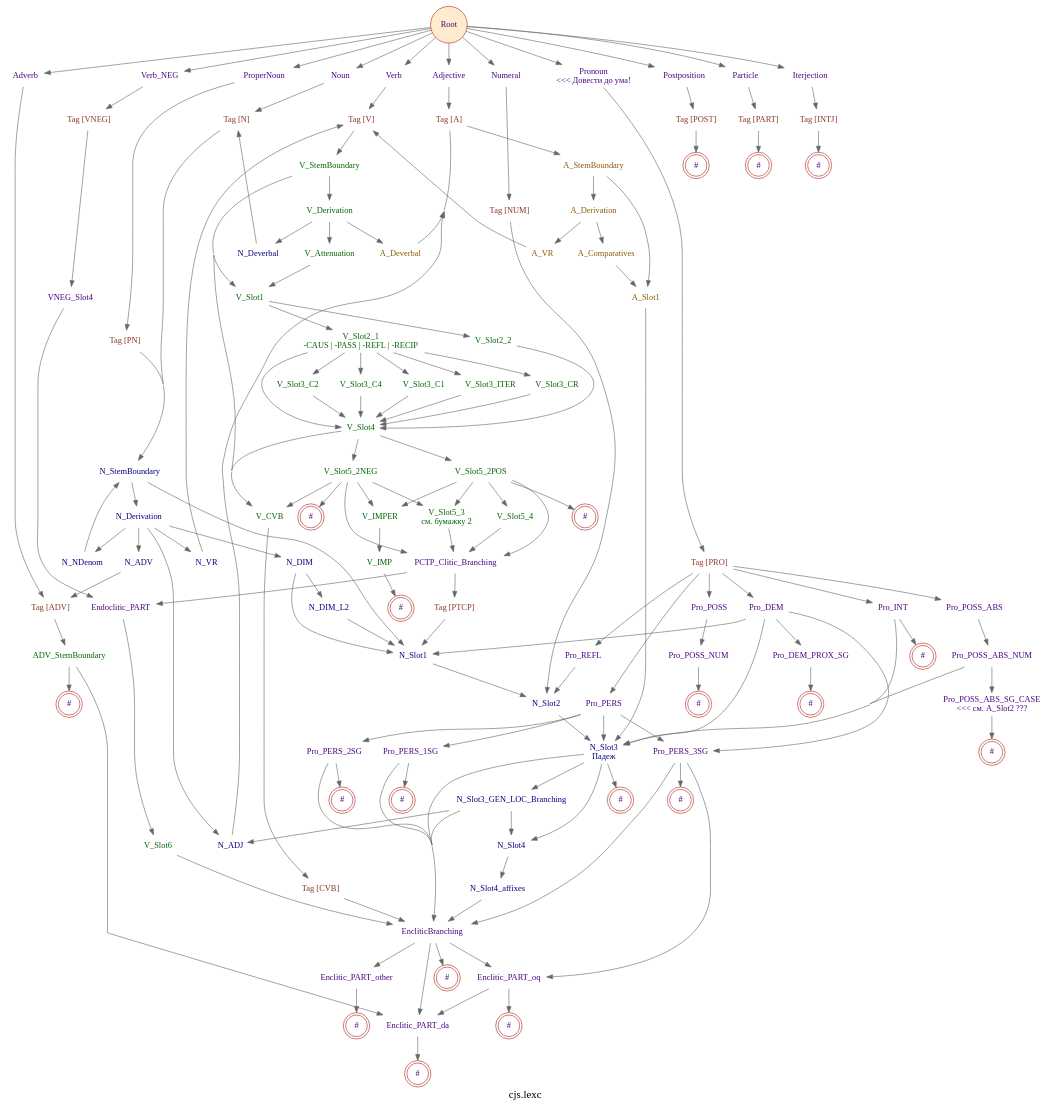
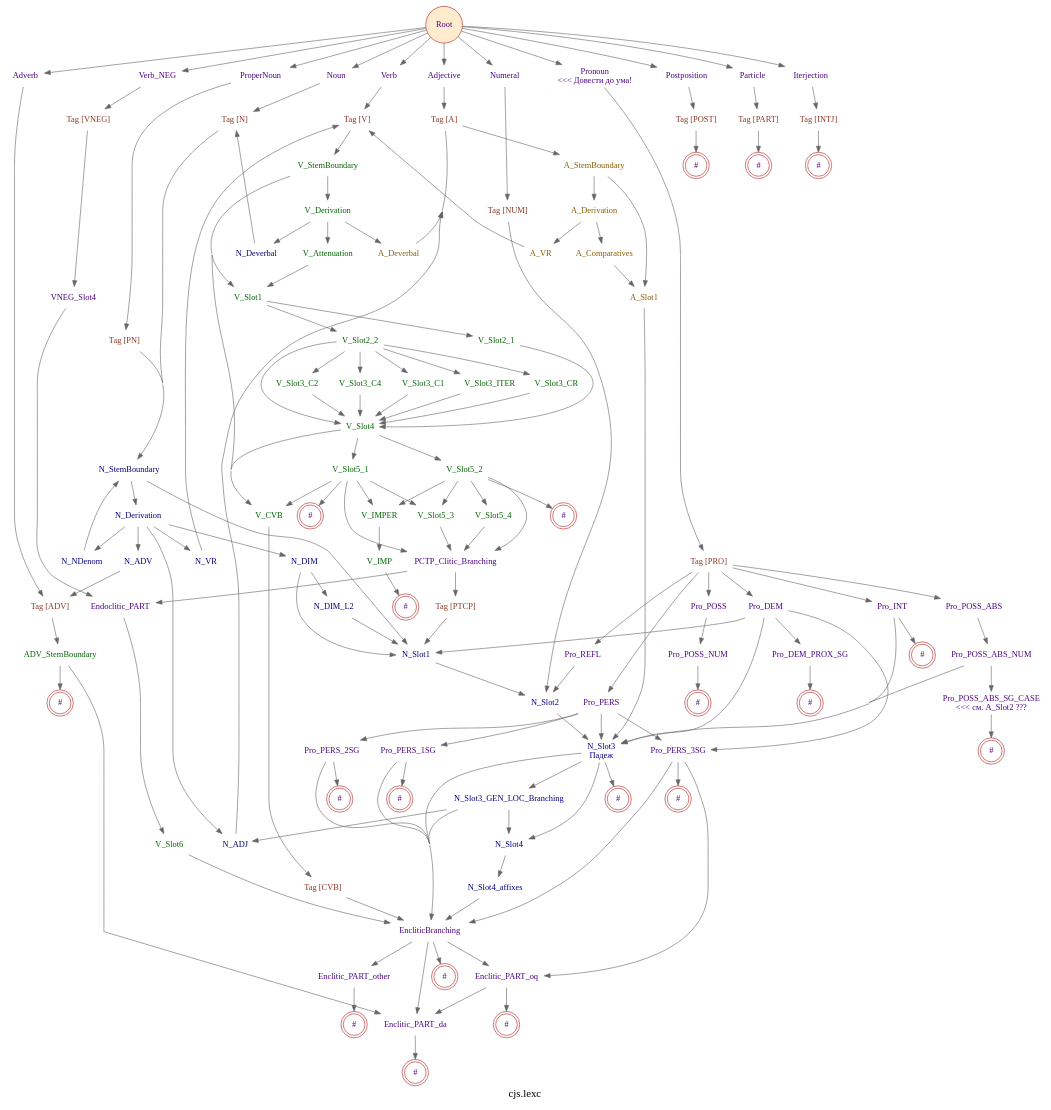
One commit to kyrill-shakhovtsov/cjs-morphology-fst changed the diagram in doc/cjs.lexc.gv. Above: the diagram before and after it, drawn with Graphviz. The commit also changed 8 other files, not shown here.

```diff
--- a/doc/cjs.lexc.gv
+++ b/doc/cjs.lexc.gv
@@ -13,28 +13,28 @@
 	edge [color=gray40];
 	subgraph Tags {
 		graph [rank=same];
-		Tag_N		 [fontcolor=tomato4,
+		Tag_N	[fontcolor=tomato4,
 			label="Tag [N]"];
-		Tag_V		 [fontcolor=tomato4,
+		Tag_V	[fontcolor=tomato4,
 			label="Tag [V]"];
-		Tag_A		 [fontcolor=tomato4,
+		Tag_A	[fontcolor=tomato4,
 			label="Tag [A]"];
 	}
 	subgraph POS {
 		graph [rank=same];
-		Noun		 [label=Noun];
-		ProperNoun		 [label=ProperNoun];
-		Pronoun		 [label="Pronoun\n<<< Довести до ума!"];
-		Postposition		 [label=Postposition];
-		Adjective		 [label=Adjective];
-		Numeral		 [label=Numeral];
-		Verb		 [label=Verb];
-		Verb_NEG		 [label=Verb_NEG];
-		Adverb		 [label=Adverb];
-		Particle		 [label=Particle];
-		Iterjection		 [label=Iterjection];
+		Noun	[label=Noun];
+		ProperNoun	[label=ProperNoun];
+		Pronoun	[label="Pronoun\n<<< Довести до ума!"];
+		Postposition	[label=Postposition];
+		Adjective	[label=Adjective];
+		Numeral	[label=Numeral];
+		Verb	[label=Verb];
+		Verb_NEG	[label=Verb_NEG];
+		Adverb	[label=Adverb];
+		Particle	[label=Particle];
+		Iterjection	[label=Iterjection];
 	}
-	Root	 [color=firebrick,
+	Root	[color=firebrick,
 		fillcolor=blanchedalmond,
 		label=Root,
 		shape=circle,
@@ -51,325 +51,325 @@
 	Root -> Particle;
 	Root -> Iterjection;
 	Noun -> Tag_N;
-	Tag_PN	 [fontcolor=tomato4,
+	Tag_PN	[fontcolor=tomato4,
 		label="Tag [PN]"];
 	ProperNoun -> Tag_PN;
-	Tag_PRO	 [fontcolor=tomato4,
+	Tag_PRO	[fontcolor=tomato4,
 		label="Tag [PRO]"];
 	Pronoun -> Tag_PRO;
-	Tag_POST	 [fontcolor=tomato4,
+	Tag_POST	[fontcolor=tomato4,
 		label="Tag [POST]"];
 	Postposition -> Tag_POST;
 	Adjective -> Tag_A;
-	Tag_NUM	 [fontcolor=tomato4,
+	Tag_NUM	[fontcolor=tomato4,
 		label="Tag [NUM]"];
 	Numeral -> Tag_NUM;
 	Verb -> Tag_V;
-	Tag_VNEG	 [fontcolor=tomato4,
+	Tag_VNEG	[fontcolor=tomato4,
 		label="Tag [VNEG]"];
 	Verb_NEG -> Tag_VNEG;
-	Tag_ADV	 [fontcolor=tomato4,
+	Tag_ADV	[fontcolor=tomato4,
 		label="Tag [ADV]"];
 	Adverb -> Tag_ADV;
-	Tag_PART	 [fontcolor=tomato4,
+	Tag_PART	[fontcolor=tomato4,
 		label="Tag [PART]"];
 	Particle -> Tag_PART;
-	Tag_INTJ	 [fontcolor=tomato4,
+	Tag_INTJ	[fontcolor=tomato4,
 		label="Tag [INTJ]"];
 	Iterjection -> Tag_INTJ;
-	N_StemBoundary	 [fontcolor=navy,
+	N_StemBoundary	[fontcolor=navy,
 		label=N_StemBoundary];
 	Tag_N -> N_StemBoundary;
 	Tag_PN -> N_StemBoundary;
-	"Tag_INTJ_#"	 [color=firebrick,
+	"Tag_INTJ_#"	[color=firebrick,
 		label="#",
 		shape=doublecircle];
 	Tag_INTJ -> "Tag_INTJ_#";
-	V_StemBoundary	 [fontcolor=darkgreen,
+	V_StemBoundary	[fontcolor=darkgreen,
 		label=V_StemBoundary];
 	Tag_V -> V_StemBoundary;
-	VNEG_Slot4	 [label=VNEG_Slot4];
+	VNEG_Slot4	[label=VNEG_Slot4];
 	Tag_VNEG -> VNEG_Slot4;
-	"Tag_POST_#"	 [color=firebrick,
+	"Tag_POST_#"	[color=firebrick,
 		label="#",
 		shape=doublecircle];
 	Tag_POST -> "Tag_POST_#";
-	A_StemBoundary	 [fontcolor=orange4,
+	A_StemBoundary	[fontcolor=orange4,
 		label=A_StemBoundary];
 	Tag_A -> A_StemBoundary;
-	ADV_StemBoundary	 [fontcolor=darkgreen,
+	ADV_StemBoundary	[fontcolor=darkgreen,
 		label=ADV_StemBoundary];
 	Tag_ADV -> ADV_StemBoundary;
-	"Tag_PART_#"	 [color=firebrick,
+	"Tag_PART_#"	[color=firebrick,
 		label="#",
 		shape=doublecircle];
 	Tag_PART -> "Tag_PART_#";
-	N_Slot2	 [fontcolor=navy,
+	N_Slot2	[fontcolor=navy,
 		label=N_Slot2];
 	Tag_NUM -> N_Slot2;
-	V_Derivation	 [fontcolor=darkgreen,
+	V_Derivation	[fontcolor=darkgreen,
 		label=V_Derivation];
 	V_StemBoundary -> V_Derivation;
-	V_Slot1	 [fontcolor=darkgreen,
+	V_Slot1	[fontcolor=darkgreen,
 		label=V_Slot1];
 	V_StemBoundary -> V_Slot1;
-	V_CVB	 [fontcolor=darkgreen,
+	V_CVB	[fontcolor=darkgreen,
 		label=V_CVB];
 	V_StemBoundary -> V_CVB;
-	Endoclitic_PART	 [label=Endoclitic_PART];
+	Endoclitic_PART	[label=Endoclitic_PART];
 	VNEG_Slot4 -> Endoclitic_PART;
-	V_Attenuation	 [fontcolor=darkgreen,
+	V_Attenuation	[fontcolor=darkgreen,
 		label=V_Attenuation];
 	V_Derivation -> V_Attenuation;
-	N_Deverbal	 [fontcolor=navy,
+	N_Deverbal	[fontcolor=navy,
 		label=N_Deverbal];
 	V_Derivation -> N_Deverbal;
-	A_Deverbal	 [fontcolor=orange4,
+	A_Deverbal	[fontcolor=orange4,
 		label=A_Deverbal];
 	V_Derivation -> A_Deverbal;
-	V_Slot2_2	 [fontcolor=darkgreen,
+	V_Slot2_1	[fontcolor=darkgreen,
+		label=V_Slot2_1];
+	V_Slot1 -> V_Slot2_1;
+	V_Slot2_2	[fontcolor=darkgreen,
 		label=V_Slot2_2];
 	V_Slot1 -> V_Slot2_2;
-	V_Slot2_1	 [fontcolor=darkgreen,
-		label="V_Slot2_1\n-CAUS | -PASS | -REFL | -RECIP"];
-	V_Slot1 -> V_Slot2_1;
-	Tag_CVB	 [fontcolor=tomato4,
+	Tag_CVB	[fontcolor=tomato4,
 		label="Tag [CVB]"];
 	V_CVB -> Tag_CVB;
 	V_Attenuation -> V_Slot1;
 	N_Deverbal -> Tag_N;
 	A_Deverbal -> Tag_A;
-	V_Slot4	 [fontcolor=darkgreen,
+	V_Slot4	[fontcolor=darkgreen,
 		label=V_Slot4];
+	V_Slot2_1 -> V_Slot4;
 	V_Slot2_2 -> V_Slot4;
-	V_Slot3_C2	 [fontcolor=darkgreen,
+	V_Slot3_C2	[fontcolor=darkgreen,
 		label=V_Slot3_C2];
-	V_Slot2_1 -> V_Slot3_C2;
-	V_Slot3_C4	 [fontcolor=darkgreen,
+	V_Slot2_2 -> V_Slot3_C2;
+	V_Slot3_C4	[fontcolor=darkgreen,
 		label=V_Slot3_C4];
-	V_Slot2_1 -> V_Slot3_C4;
-	V_Slot3_C1	 [fontcolor=darkgreen,
+	V_Slot2_2 -> V_Slot3_C4;
+	V_Slot3_C1	[fontcolor=darkgreen,
 		label=V_Slot3_C1];
-	V_Slot2_1 -> V_Slot3_C1;
-	V_Slot3_ITER	 [fontcolor=darkgreen,
+	V_Slot2_2 -> V_Slot3_C1;
+	V_Slot3_ITER	[fontcolor=darkgreen,
 		label=V_Slot3_ITER];
-	V_Slot2_1 -> V_Slot3_ITER;
-	V_Slot2_1 -> V_Slot4;
-	V_Slot3_CR	 [fontcolor=darkgreen,
+	V_Slot2_2 -> V_Slot3_ITER;
+	V_Slot3_CR	[fontcolor=darkgreen,
 		label=V_Slot3_CR];
-	V_Slot2_1 -> V_Slot3_CR;
+	V_Slot2_2 -> V_Slot3_CR;
+	V_Slot4 -> V_CVB;
+	V_Slot5_1	[fontcolor=darkgreen,
+		label=V_Slot5_1];
+	V_Slot4 -> V_Slot5_1;
+	V_Slot5_2	[fontcolor=darkgreen,
+		label=V_Slot5_2];
+	V_Slot4 -> V_Slot5_2;
 	V_Slot3_C2 -> V_Slot4;
 	V_Slot3_C4 -> V_Slot4;
 	V_Slot3_C1 -> V_Slot4;
 	V_Slot3_ITER -> V_Slot4;
-	V_Slot4 -> V_CVB;
-	V_Slot5_2NEG	 [fontcolor=darkgreen,
-		label=V_Slot5_2NEG];
-	V_Slot4 -> V_Slot5_2NEG;
-	V_Slot5_2POS	 [fontcolor=darkgreen,
-		label=V_Slot5_2POS];
-	V_Slot4 -> V_Slot5_2POS;
 	V_Slot3_CR -> V_Slot4;
-	V_Slot5_2NEG -> V_CVB;
-	V_Slot5_3	 [fontcolor=darkgreen,
-		label="V_Slot5_3\nсм. бумажку 2"];
-	V_Slot5_2NEG -> V_Slot5_3;
-	PCTP_Clitic_Branching	 [label=PCTP_Clitic_Branching];
-	V_Slot5_2NEG -> PCTP_Clitic_Branching;
-	V_IMPER	 [fontcolor=darkgreen,
-		label=V_IMPER];
-	V_Slot5_2NEG -> V_IMPER;
-	"V_Slot5_2NEG_#"	 [color=firebrick,
+	V_Slot5_1 -> V_CVB;
+	V_Slot5_3	[fontcolor=darkgreen,
+		label=V_Slot5_3];
+	V_Slot5_1 -> V_Slot5_3;
+	PCTP_Clitic_Branching	[label=PCTP_Clitic_Branching];
+	V_Slot5_1 -> PCTP_Clitic_Branching;
+	"V_Slot5_1_#"	[color=firebrick,
 		label="#",
 		shape=doublecircle];
-	V_Slot5_2NEG -> "V_Slot5_2NEG_#";
-	V_Slot5_2POS -> V_Slot5_3;
-	V_Slot5_4	 [fontcolor=darkgreen,
+	V_Slot5_1 -> "V_Slot5_1_#";
+	V_IMPER	[fontcolor=darkgreen,
+		label=V_IMPER];
+	V_Slot5_1 -> V_IMPER;
+	V_Slot5_2 -> V_Slot5_3;
+	V_Slot5_2 -> PCTP_Clitic_Branching;
+	V_Slot5_2 -> V_IMPER;
+	V_Slot5_4	[fontcolor=darkgreen,
 		label=V_Slot5_4];
-	V_Slot5_2POS -> V_Slot5_4;
-	V_Slot5_2POS -> PCTP_Clitic_Branching;
-	"V_Slot5_2POS_#"	 [color=firebrick,
+	V_Slot5_2 -> V_Slot5_4;
+	"V_Slot5_2_#"	[color=firebrick,
 		label="#",
 		shape=doublecircle];
-	V_Slot5_2POS -> "V_Slot5_2POS_#";
-	V_Slot5_2POS -> V_IMPER;
+	V_Slot5_2 -> "V_Slot5_2_#";
 	V_Slot5_3 -> PCTP_Clitic_Branching;
-	V_Slot5_4 -> PCTP_Clitic_Branching;
 	PCTP_Clitic_Branching -> Endoclitic_PART;
-	Tag_PTCP	 [fontcolor=tomato4,
+	Tag_PTCP	[fontcolor=tomato4,
 		label="Tag [PTCP]"];
 	PCTP_Clitic_Branching -> Tag_PTCP;
-	V_IMP	 [fontcolor=darkgreen,
+	V_IMP	[fontcolor=darkgreen,
 		label=V_IMP];
 	V_IMPER -> V_IMP;
-	V_Slot6	 [fontcolor=darkgreen,
+	V_Slot5_4 -> PCTP_Clitic_Branching;
+	V_Slot6	[fontcolor=darkgreen,
 		label=V_Slot6];
 	Endoclitic_PART -> V_Slot6;
-	"V_IMP_#"	 [color=firebrick,
+	"V_IMP_#"	[color=firebrick,
 		label="#",
 		shape=doublecircle];
 	V_IMP -> "V_IMP_#";
-	N_Slot1	 [fontcolor=navy,
+	N_Slot1	[fontcolor=navy,
 		label=N_Slot1];
 	Tag_PTCP -> N_Slot1;
-	EncliticBranching	 [label=EncliticBranching];
+	EncliticBranching	[label=EncliticBranching];
 	V_Slot6 -> EncliticBranching;
-	Enclitic_PART_oq	 [label=Enclitic_PART_oq];
+	Enclitic_PART_oq	[label=Enclitic_PART_oq];
 	EncliticBranching -> Enclitic_PART_oq;
-	Enclitic_PART_other	 [label=Enclitic_PART_other];
+	Enclitic_PART_other	[label=Enclitic_PART_other];
 	EncliticBranching -> Enclitic_PART_other;
-	Enclitic_PART_da	 [label=Enclitic_PART_da];
+	Enclitic_PART_da	[label=Enclitic_PART_da];
 	EncliticBranching -> Enclitic_PART_da;
-	"EncliticBranching_#"	 [color=firebrick,
+	"EncliticBranching_#"	[color=firebrick,
 		label="#",
 		shape=doublecircle];
 	EncliticBranching -> "EncliticBranching_#";
 	Tag_CVB -> EncliticBranching;
 	N_Slot1 -> N_Slot2;
 	Enclitic_PART_oq -> Enclitic_PART_da;
-	"Enclitic_PART_oq_#"	 [color=firebrick,
+	"Enclitic_PART_oq_#"	[color=firebrick,
 		label="#",
 		shape=doublecircle];
 	Enclitic_PART_oq -> "Enclitic_PART_oq_#";
-	"Enclitic_PART_other_#"	 [color=firebrick,
+	"Enclitic_PART_other_#"	[color=firebrick,
 		label="#",
 		shape=doublecircle];
 	Enclitic_PART_other -> "Enclitic_PART_other_#";
-	"Enclitic_PART_da_#"	 [color=firebrick,
+	"Enclitic_PART_da_#"	[color=firebrick,
 		label="#",
 		shape=doublecircle];
 	Enclitic_PART_da -> "Enclitic_PART_da_#";
 	ADV_StemBoundary -> Enclitic_PART_da;
-	"ADV_StemBoundary_#"	 [color=firebrick,
+	"ADV_StemBoundary_#"	[color=firebrick,
 		label="#",
 		shape=doublecircle];
 	ADV_StemBoundary -> "ADV_StemBoundary_#";
 	N_StemBoundary -> N_Slot1;
-	N_Derivation	 [fontcolor=navy,
+	N_Derivation	[fontcolor=navy,
 		label=N_Derivation];
 	N_StemBoundary -> N_Derivation;
-	N_DIM	 [fontcolor=navy,
+	N_DIM	[fontcolor=navy,
 		label=N_DIM];
 	N_Derivation -> N_DIM;
-	N_ADJ	 [fontcolor=navy,
+	N_ADJ	[fontcolor=navy,
 		label=N_ADJ];
 	N_Derivation -> N_ADJ;
-	N_NDenom	 [fontcolor=navy,
+	N_NDenom	[fontcolor=navy,
 		label=N_NDenom];
 	N_Derivation -> N_NDenom;
-	N_VR	 [fontcolor=navy,
+	N_VR	[fontcolor=navy,
 		label=N_VR];
 	N_Derivation -> N_VR;
-	N_ADV	 [fontcolor=navy,
+	N_ADV	[fontcolor=navy,
 		label=N_ADV];
 	N_Derivation -> N_ADV;
 	N_DIM -> N_Slot1;
-	N_DIM_L2	 [fontcolor=navy,
+	N_DIM_L2	[fontcolor=navy,
 		label=N_DIM_L2];
 	N_DIM -> N_DIM_L2;
 	N_ADJ -> Tag_A;
 	N_NDenom -> N_StemBoundary;
 	N_VR -> Tag_V;
 	N_ADV -> Tag_ADV;
-	N_Slot3	 [fontcolor=navy,
+	N_Slot3	[fontcolor=navy,
 		label="N_Slot3\nПадеж"];
 	N_Slot2 -> N_Slot3;
 	N_Slot3 -> EncliticBranching;
-	"N_Slot3_#"	 [color=firebrick,
+	"N_Slot3_#"	[color=firebrick,
 		label="#",
 		shape=doublecircle];
 	N_Slot3 -> "N_Slot3_#";
-	N_Slot3_GEN_LOC_Branching	 [fontcolor=navy,
+	N_Slot3_GEN_LOC_Branching	[fontcolor=navy,
 		label=N_Slot3_GEN_LOC_Branching];
 	N_Slot3 -> N_Slot3_GEN_LOC_Branching;
-	N_Slot4	 [fontcolor=navy,
+	N_Slot4	[fontcolor=navy,
 		label=N_Slot4];
 	N_Slot3 -> N_Slot4;
 	N_Slot3_GEN_LOC_Branching -> EncliticBranching;
 	N_Slot3_GEN_LOC_Branching -> N_ADJ;
 	N_Slot3_GEN_LOC_Branching -> N_Slot4;
-	N_Slot4_affixes	 [fontcolor=navy,
+	N_Slot4_affixes	[fontcolor=navy,
 		label=N_Slot4_affixes];
 	N_Slot4 -> N_Slot4_affixes;
 	N_Slot4_affixes -> EncliticBranching;
 	N_DIM_L2 -> N_Slot1;
-	A_Derivation	 [fontcolor=orange4,
+	A_Derivation	[fontcolor=orange4,
 		label=A_Derivation];
 	A_StemBoundary -> A_Derivation;
-	A_Slot1	 [fontcolor=orange4,
+	A_Slot1	[fontcolor=orange4,
 		label=A_Slot1];
 	A_StemBoundary -> A_Slot1;
-	A_VR	 [fontcolor=orange4,
+	A_VR	[fontcolor=orange4,
 		label=A_VR];
 	A_Derivation -> A_VR;
-	A_Comparatives	 [fontcolor=orange4,
+	A_Comparatives	[fontcolor=orange4,
 		label=A_Comparatives];
 	A_Derivation -> A_Comparatives;
 	A_Slot1 -> N_Slot3;
 	A_VR -> Tag_V;
 	A_Comparatives -> A_Slot1;
-	Pro_PERS	 [label=Pro_PERS];
+	Pro_PERS	[label=Pro_PERS];
 	Tag_PRO -> Pro_PERS;
-	Pro_POSS	 [label=Pro_POSS];
+	Pro_POSS	[label=Pro_POSS];
 	Tag_PRO -> Pro_POSS;
-	Pro_POSS_ABS	 [label=Pro_POSS_ABS];
+	Pro_POSS_ABS	[label=Pro_POSS_ABS];
 	Tag_PRO -> Pro_POSS_ABS;
-	Pro_DEM	 [label=Pro_DEM];
+	Pro_DEM	[label=Pro_DEM];
 	Tag_PRO -> Pro_DEM;
-	Pro_INT	 [label=Pro_INT];
+	Pro_INT	[label=Pro_INT];
 	Tag_PRO -> Pro_INT;
-	Pro_REFL	 [label=Pro_REFL];
+	Pro_REFL	[label=Pro_REFL];
 	Tag_PRO -> Pro_REFL;
 	Pro_PERS -> N_Slot3;
-	Pro_PERS_1SG	 [label=Pro_PERS_1SG];
+	Pro_PERS_1SG	[label=Pro_PERS_1SG];
 	Pro_PERS -> Pro_PERS_1SG;
-	Pro_PERS_2SG	 [label=Pro_PERS_2SG];
+	Pro_PERS_2SG	[label=Pro_PERS_2SG];
 	Pro_PERS -> Pro_PERS_2SG;
-	Pro_PERS_3SG	 [label=Pro_PERS_3SG];
+	Pro_PERS_3SG	[label=Pro_PERS_3SG];
 	Pro_PERS -> Pro_PERS_3SG;
-	Pro_POSS_NUM	 [label=Pro_POSS_NUM];
+	Pro_POSS_NUM	[label=Pro_POSS_NUM];
 	Pro_POSS -> Pro_POSS_NUM;
-	Pro_POSS_ABS_NUM	 [label=Pro_POSS_ABS_NUM];
+	Pro_POSS_ABS_NUM	[label=Pro_POSS_ABS_NUM];
 	Pro_POSS_ABS -> Pro_POSS_ABS_NUM;
 	Pro_DEM -> N_Slot1;
 	Pro_DEM -> N_Slot3;
 	Pro_DEM -> Pro_PERS_3SG;
-	Pro_DEM_PROX_SG	 [label=Pro_DEM_PROX_SG];
+	Pro_DEM_PROX_SG	[label=Pro_DEM_PROX_SG];
 	Pro_DEM -> Pro_DEM_PROX_SG;
 	Pro_INT -> N_Slot3;
-	"Pro_INT_#"	 [color=firebrick,
+	"Pro_INT_#"	[color=firebrick,
 		label="#",
 		shape=doublecircle];
 	Pro_INT -> "Pro_INT_#";
 	Pro_REFL -> N_Slot2;
 	Pro_PERS_1SG -> EncliticBranching;
-	"Pro_PERS_1SG_#"	 [color=firebrick,
+	"Pro_PERS_1SG_#"	[color=firebrick,
 		label="#",
 		shape=doublecircle];
 	Pro_PERS_1SG -> "Pro_PERS_1SG_#";
 	Pro_PERS_2SG -> EncliticBranching;
-	"Pro_PERS_2SG_#"	 [color=firebrick,
+	"Pro_PERS_2SG_#"	[color=firebrick,
 		label="#",
 		shape=doublecircle];
 	Pro_PERS_2SG -> "Pro_PERS_2SG_#";
 	Pro_PERS_3SG -> EncliticBranching;
 	Pro_PERS_3SG -> Enclitic_PART_oq;
-	"Pro_PERS_3SG_#"	 [color=firebrick,
+	"Pro_PERS_3SG_#"	[color=firebrick,
 		label="#",
 		shape=doublecircle];
 	Pro_PERS_3SG -> "Pro_PERS_3SG_#";
-	"Pro_POSS_NUM_#"	 [color=firebrick,
+	"Pro_POSS_NUM_#"	[color=firebrick,
 		label="#",
 		shape=doublecircle];
 	Pro_POSS_NUM -> "Pro_POSS_NUM_#";
 	Pro_POSS_ABS_NUM -> N_Slot3;
-	Pro_POSS_ABS_SG_CASE	 [label="Pro_POSS_ABS_SG_CASE\n<<< см. A_Slot2 ???"];
+	Pro_POSS_ABS_SG_CASE	[label="Pro_POSS_ABS_SG_CASE\n<<< см. A_Slot2 ???"];
 	Pro_POSS_ABS_NUM -> Pro_POSS_ABS_SG_CASE;
-	"Pro_POSS_ABS_SG_CASE_#"	 [color=firebrick,
+	"Pro_POSS_ABS_SG_CASE_#"	[color=firebrick,
 		label="#",
 		shape=doublecircle];
 	Pro_POSS_ABS_SG_CASE -> "Pro_POSS_ABS_SG_CASE_#";
-	"Pro_DEM_PROX_SG_#"	 [color=firebrick,
+	"Pro_DEM_PROX_SG_#"	[color=firebrick,
 		label="#",
 		shape=doublecircle];
 	Pro_DEM_PROX_SG -> "Pro_DEM_PROX_SG_#";
```
